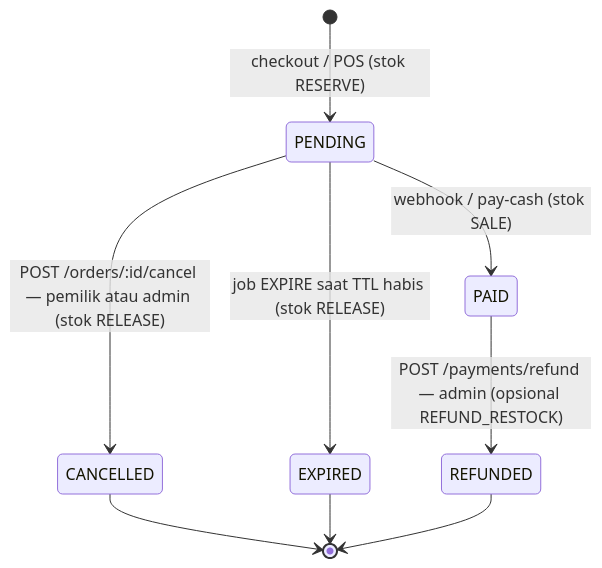
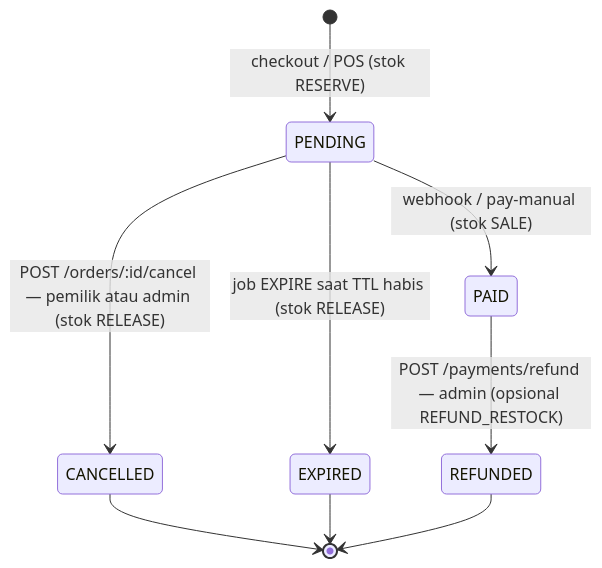
One commit to febriarr/nestjs-ecommerce-api changed the sixth of 8 diagrams in docs/BUSINESS-FLOW.md. Above: the diagram before and after it, drawn with Mermaid. The commit also changed other lines of this file and 15 other files, not shown here.

````diff
--- a/docs/BUSINESS-FLOW.md
+++ b/docs/BUSINESS-FLOW.md
@@ -330,11 +335,11 @@
 ```mermaid
 stateDiagram-v2
     [*] --> PENDING : checkout / POS (stok RESERVE)
-    PENDING --> PAID : webhook / pay-cash (stok SALE)
+    PENDING --> PAID : webhook / pay-manual (stok SALE)
     PENDING --> CANCELLED : POST /orders/:id/cancel — pemilik atau admin (stok RELEASE)
     PENDING --> EXPIRED : job EXPIRE saat TTL habis (stok RELEASE)
     PAID --> REFUNDED : POST /payments/refund — admin (opsional REFUND_RESTOCK)
     CANCELLED --> [*]
     EXPIRED --> [*]
     REFUNDED --> [*]
 ```
````
